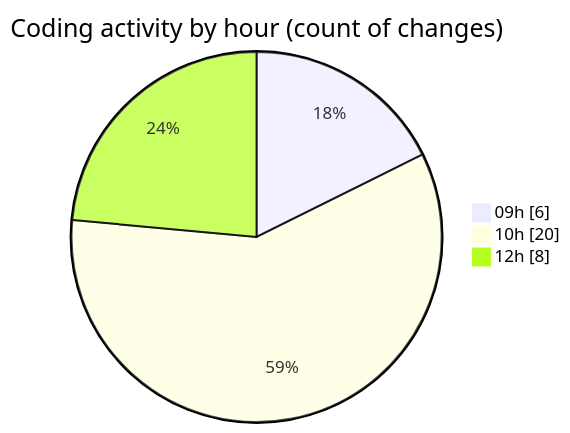
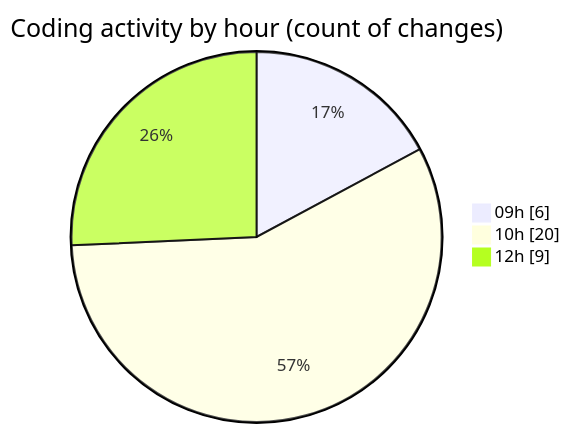
Before and after one commit to becaeroporto-bot/code-tracking: the second of 2 diagrams in 2026-02-18/bot_v1_2/README.md, drawn with Mermaid. The commit also changed other lines of this file and 1 other file, not shown here.

````diff
--- a/2026-02-18/bot_v1_2/README.md
+++ b/2026-02-18/bot_v1_2/README.md
@@ -51,7 +52,7 @@
 ```mermaid
 pie showData
 title Coding activity by hour (count of changes)
 "09h" : 6
 "10h" : 20
-"12h" : 8
+"12h" : 9
 ```
````
